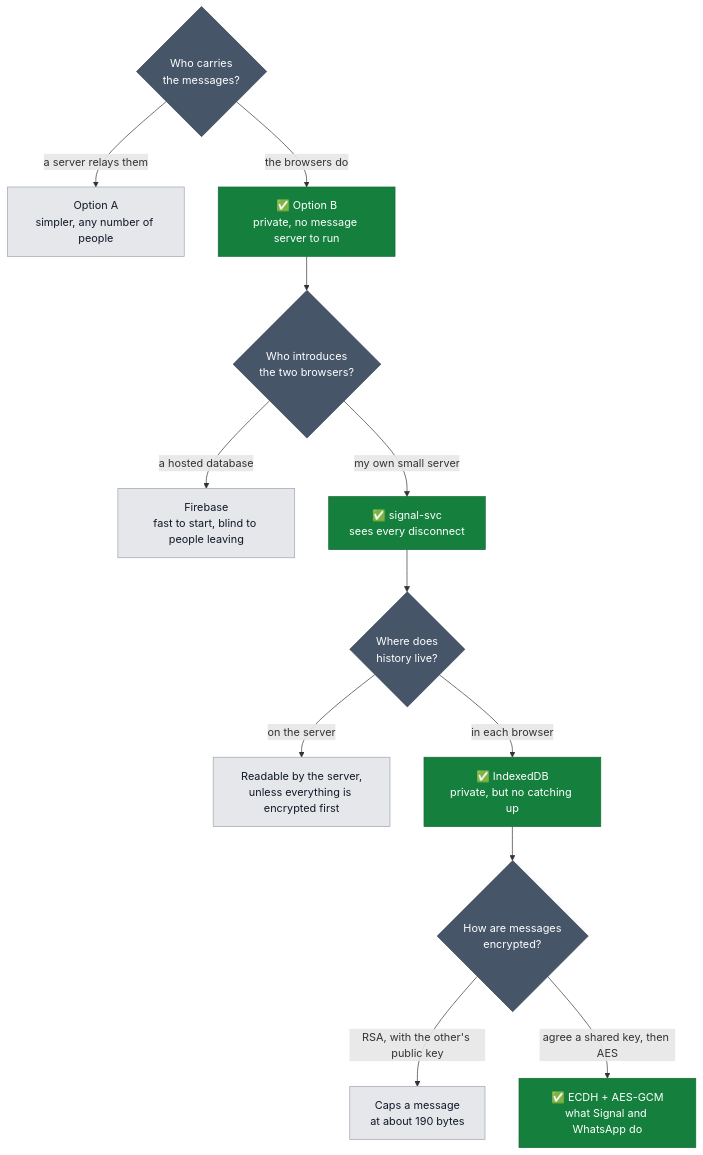
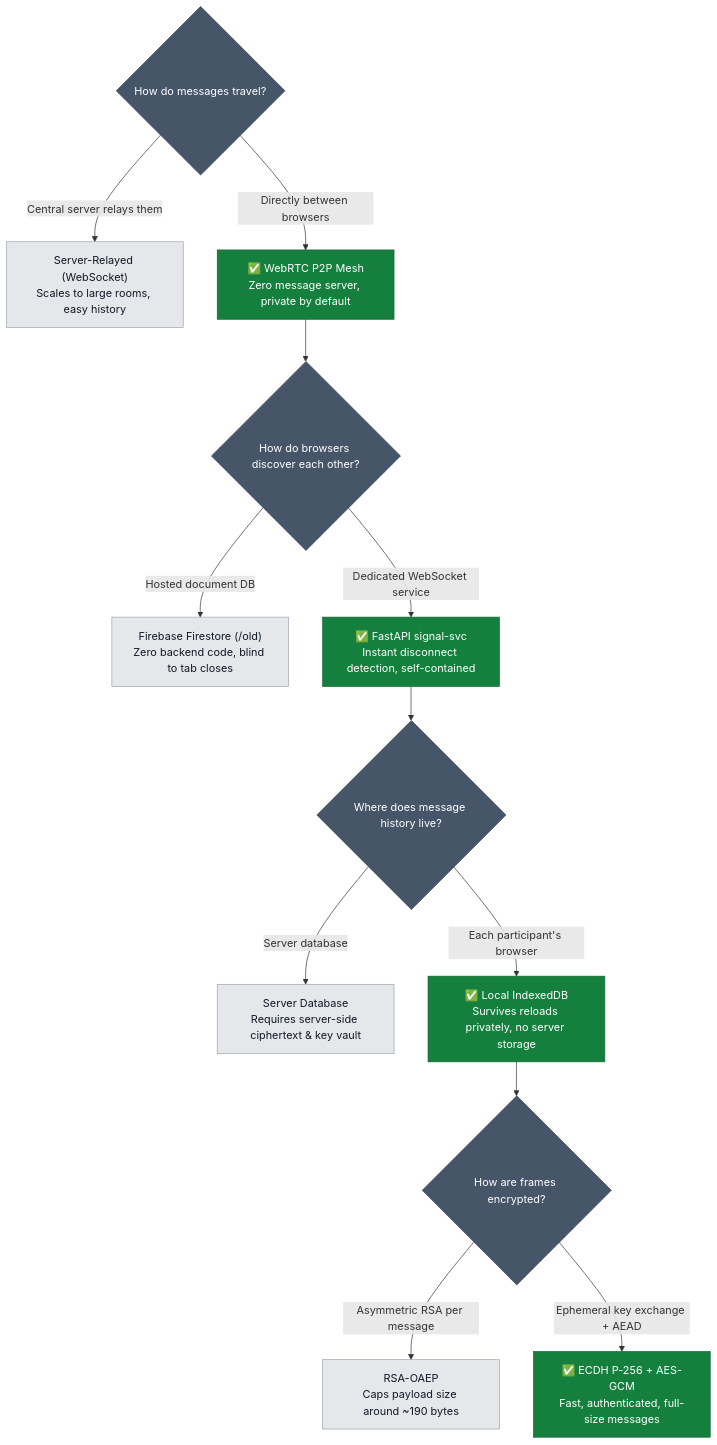
One commit to LitHaxor/webRTC-mesh-chat changed the second of 10 diagrams in README.md. Above: the diagram before and after it, drawn with Mermaid. The commit also changed other lines of this file, not shown here.

````diff
--- a/README.md
+++ b/README.md
@@ -211,25 +153,25 @@
 ```mermaid
 flowchart TD
-  Q1{"Who carries<br/>the messages?"}
-  Q1 -->|"a server relays them"| A1["Option A<br/>simpler, any number of people"]
-  Q1 -->|"the browsers do"| B1["✅ Option B<br/>private, no message server to run"]
+  Q1{"How do messages travel?"}
+  Q1 -->|"Central server relays them"| A1["Server-Relayed (WebSocket)<br/>Scales to large rooms, easy history"]
+  Q1 -->|"Directly between browsers"| B1["✅ WebRTC P2P Mesh<br/>Zero message server, private by default"]
 
-  B1 --> Q2{"Who introduces<br/>the two browsers?"}
-  Q2 -->|"a hosted database"| A2["Firebase<br/>fast to start, blind to people leaving"]
-  Q2 -->|"my own small server"| B2["✅ signal-svc<br/>sees every disconnect"]
+  B1 --> Q2{"How do browsers discover each other?"}
+  Q2 -->|"Hosted document DB"| A2["Firebase Firestore (/old)<br/>Zero backend code, blind to tab closes"]
+  Q2 -->|"Dedicated WebSocket service"| B2["✅ FastAPI signal-svc<br/>Instant disconnect detection, self-contained"]
 
-  B2 --> Q3{"Where does<br/>history live?"}
-  Q3 -->|"on the server"| A3["Readable by the server,<br/>unless everything is encrypted first"]
-  Q3 -->|"in each browser"| B3["✅ IndexedDB<br/>private, but no catching up"]
+  B2 --> Q3{"Where does message history live?"}
+  Q3 -->|"Server database"| A3["Server Database<br/>Requires server-side ciphertext & key vault"]
+  Q3 -->|"Each participant's browser"| B3["✅ Local IndexedDB<br/>Survives reloads privately, no server storage"]
 
-  B3 --> Q4{"How are messages<br/>encrypted?"}
-  Q4 -->|"RSA, with the other's public key"| A4["Caps a message<br/>at about 190 bytes"]
-  Q4 -->|"agree a shared key, then AES"| B4["✅ ECDH + AES-GCM<br/>what Signal and WhatsApp do"]
+  B3 --> Q4{"How are frames encrypted?"}
+  Q4 -->|"Asymmetric RSA per message"| A4["RSA-OAEP<br/>Caps payload size around ~190 bytes"]
+  Q4 -->|"Ephemeral key exchange + AEAD"| B4["✅ ECDH P-256 + AES-GCM<br/>Fast, authenticated, full-size messages"]
 
   classDef question fill:#475569,stroke:#334155,color:#ffffff
   classDef chosen fill:#15803d,stroke:#166534,color:#ffffff
   classDef passed fill:#e5e7eb,stroke:#9ca3af,color:#111827
   class Q1,Q2,Q3,Q4 question
   class B1,B2,B3,B4 chosen
   class A1,A2,A3,A4 passed
 ```
````
